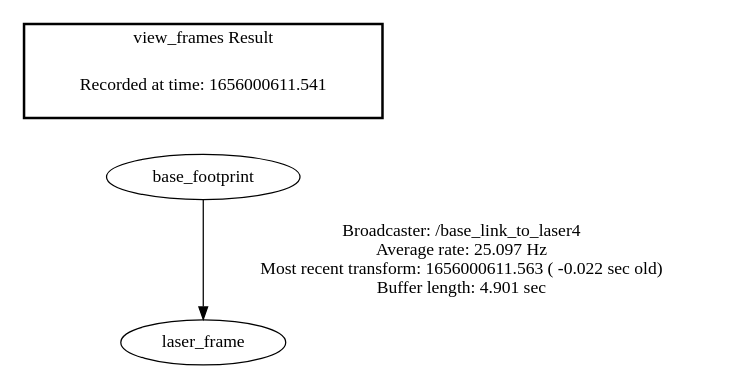
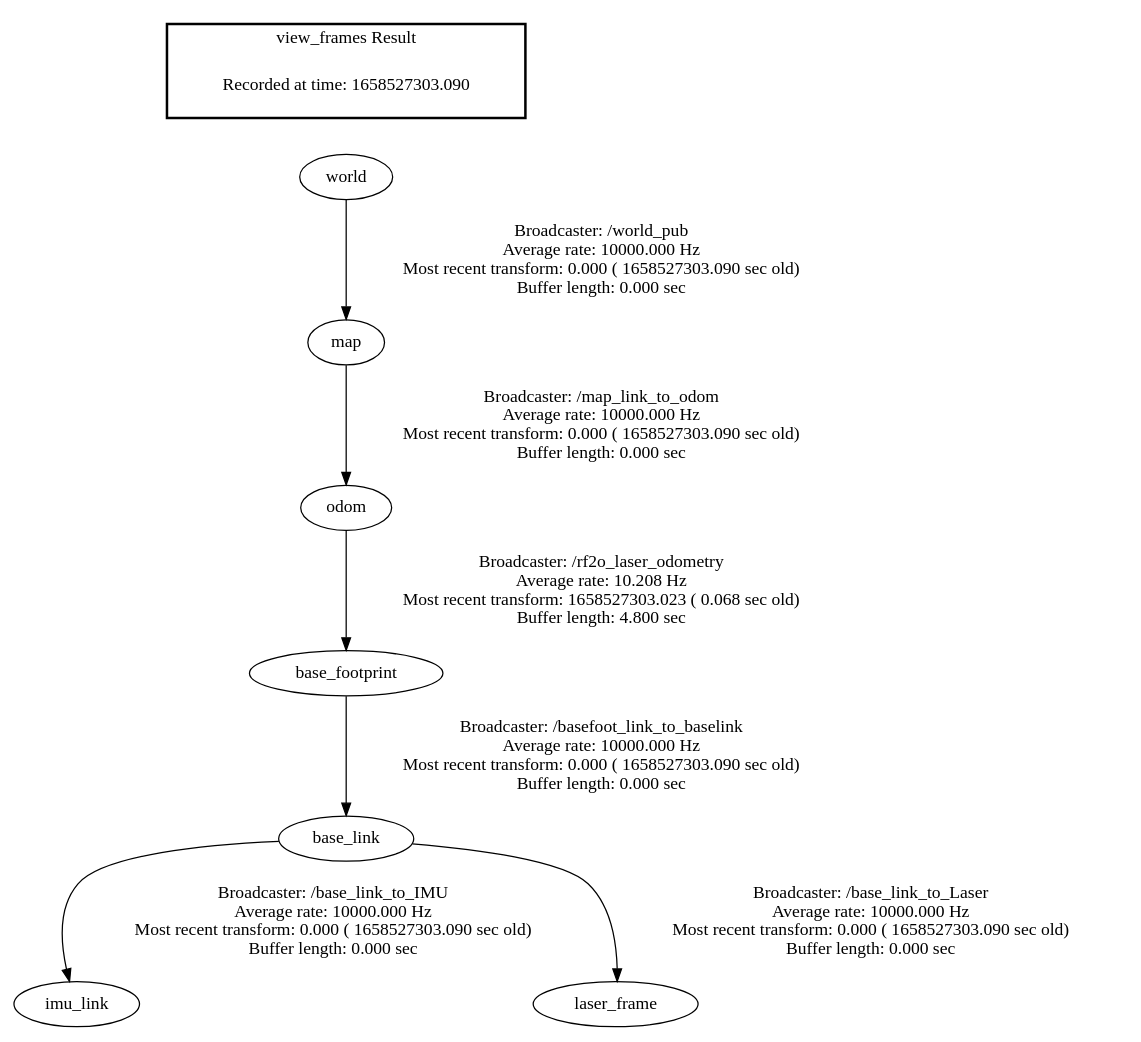
The diagram in frames.gv (vidigaleandro/F1bot), drawn with Graphviz before and after one commit. The commit also changed 86 other files, not shown here.

```diff
--- a/frames.gv
+++ b/frames.gv
@@ -1,7 +1,12 @@
 digraph G {
-"base_footprint" -> "laser_frame"[label="Broadcaster: /base_link_to_laser4\nAverage rate: 25.097 Hz\nMost recent transform: 1656000611.563 ( -0.022 sec old)\nBuffer length: 4.901 sec\n"];
+"map" -> "odom"[label="Broadcaster: /map_link_to_odom\nAverage rate: 10000.000 Hz\nMost recent transform: 0.000 ( 1658527303.090 sec old)\nBuffer length: 0.000 sec\n"];
+"world" -> "map"[label="Broadcaster: /world_pub\nAverage rate: 10000.000 Hz\nMost recent transform: 0.000 ( 1658527303.090 sec old)\nBuffer length: 0.000 sec\n"];
+"base_footprint" -> "base_link"[label="Broadcaster: /basefoot_link_to_baselink\nAverage rate: 10000.000 Hz\nMost recent transform: 0.000 ( 1658527303.090 sec old)\nBuffer length: 0.000 sec\n"];
+"odom" -> "base_footprint"[label="Broadcaster: /rf2o_laser_odometry\nAverage rate: 10.208 Hz\nMost recent transform: 1658527303.023 ( 0.068 sec old)\nBuffer length: 4.800 sec\n"];
+"base_link" -> "imu_link"[label="Broadcaster: /base_link_to_IMU\nAverage rate: 10000.000 Hz\nMost recent transform: 0.000 ( 1658527303.090 sec old)\nBuffer length: 0.000 sec\n"];
+"base_link" -> "laser_frame"[label="Broadcaster: /base_link_to_Laser\nAverage rate: 10000.000 Hz\nMost recent transform: 0.000 ( 1658527303.090 sec old)\nBuffer length: 0.000 sec\n"];
 edge [style=invis];
  subgraph cluster_legend { style=bold; color=black; label ="view_frames Result";
-"Recorded at time: 1656000611.541"[ shape=plaintext ] ;
- }->"base_footprint";
+"Recorded at time: 1658527303.090"[ shape=plaintext ] ;
+ }->"world";
 }
```
